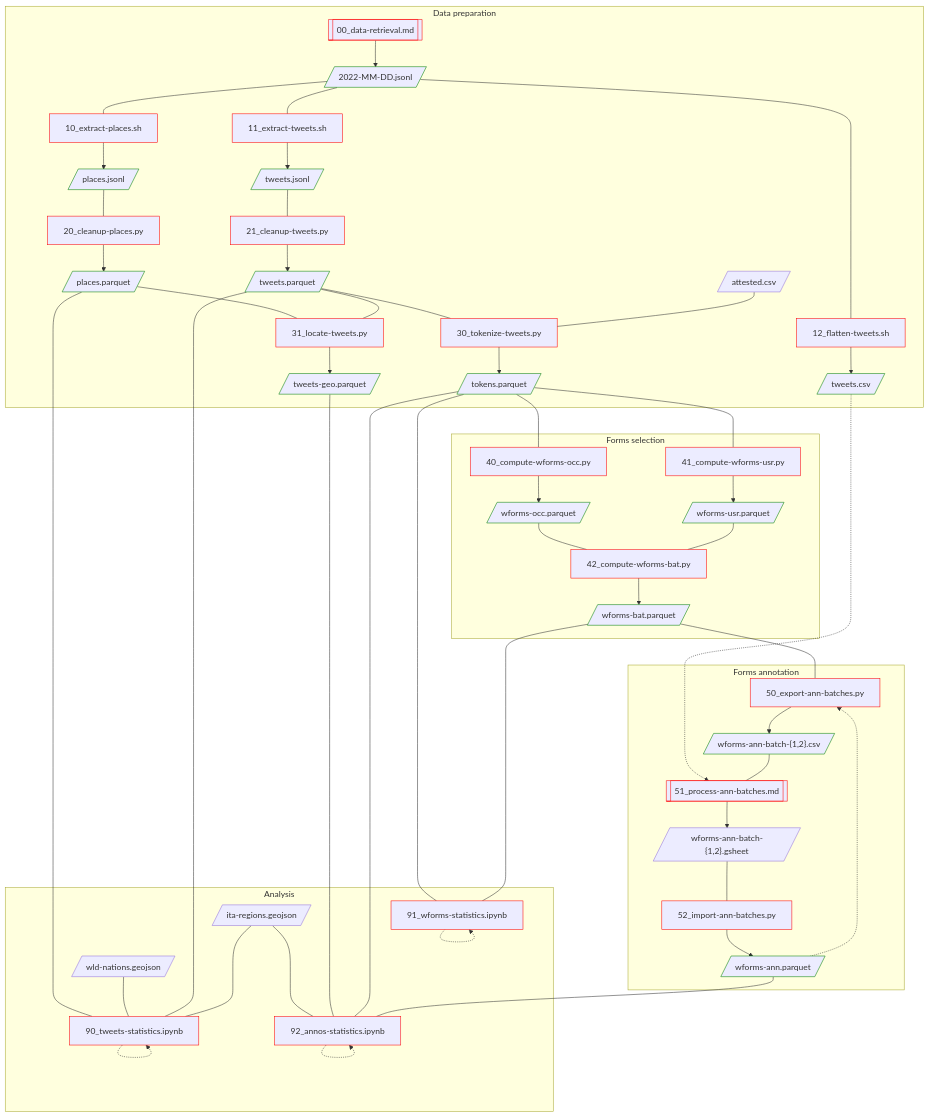
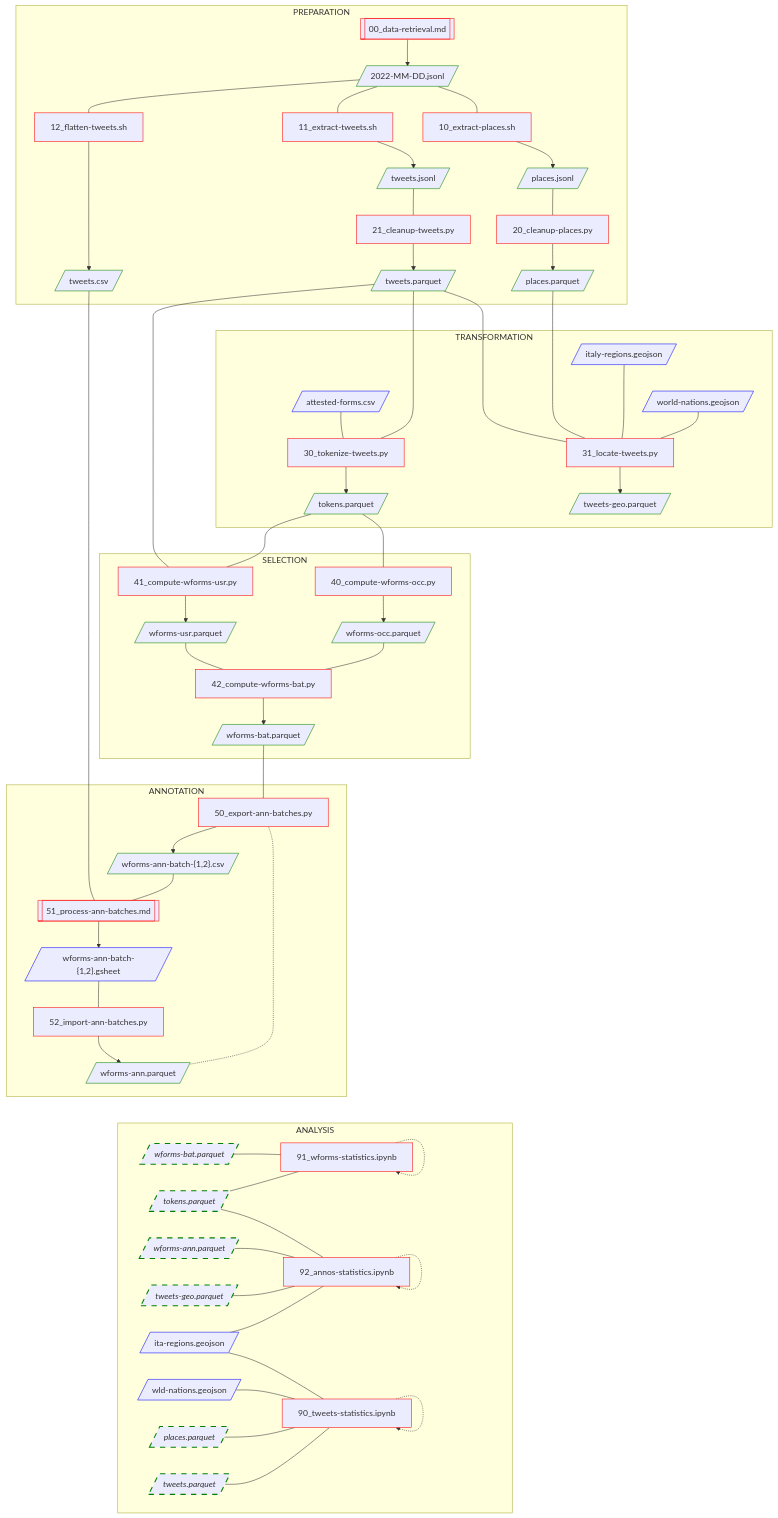
One commit to breviloquia-italica/pipeline changed the diagram in README.md. Above: the diagram before and after it, drawn with Mermaid.

Commit message:
Make flowchart marginally more readable

````diff
--- a/README.md
+++ b/README.md
@@ -3,11 +3,7 @@
 ```mermaid
 flowchart TD;
 
-attested.csv[/attested.csv/]:::extdata;
-wld-nations.geojson[/wld-nations.geojson/]:::extdata
-ita-regions.geojson[/ita-regions.geojson/]:::extdata
-
-subgraph "Data preparation"
+subgraph P1 [PREPARATION]
 
 00[[00_data-retrieval.md]]:::code;
 10[10_extract-places.sh]:::code;
@@ -15,37 +11,47 @@
 12[12_flatten-tweets.sh]:::code;
 20[20_cleanup-places.py]:::code;
 21[21_cleanup-tweets.py]:::code;
+
+2022-MM-DD.jsonl[/2022-MM-DD.jsonl/]:::data;
+places.jsonl[/places.jsonl/]:::data;
+places.parquet[/places.parquet/]:::data;
+tweets.jsonl[/tweets.jsonl/]:::data;
+tweets.parquet[/tweets.parquet/]:::data;
+tweets.csv[/tweets.csv/]:::data;
+
+00 --> 2022-MM-DD.jsonl;
+
+2022-MM-DD.jsonl --- 10 --> places.jsonl;
+places.jsonl --- 20 --> places.parquet;
+
+2022-MM-DD.jsonl --- 11 --> tweets.jsonl;
+tweets.jsonl --- 21 --> tweets.parquet;
+
+2022-MM-DD.jsonl --- 12 ----> tweets.csv;
+
+end
+
+subgraph P2 [TRANSFORMATION]
+
 30[30_tokenize-tweets.py]:::code;
 31[31_locate-tweets.py]:::code;
 
-2022-MM-DD.jsonl[/2022-MM-DD.jsonl/]:::data;
-places.jsonl[/places.jsonl/]:::data;
-tweets.jsonl[/tweets.jsonl/]:::data;
-tweets.csv[/tweets.csv/]:::data;
-places.parquet[/places.parquet/]:::data;
-tweets.parquet[/tweets.parquet/]:::data;
 tokens.parquet[/tokens.parquet/]:::data;
 tweets-geo.parquet[/tweets-geo.parquet/]:::data;
 
-00 --> 2022-MM-DD.jsonl;
-
-2022-MM-DD.jsonl --- 12 --> tweets.csv;
-2022-MM-DD.jsonl --- 11 --> tweets.jsonl;
-2022-MM-DD.jsonl --- 10 --> places.jsonl;
-
-places.jsonl --- 20 --> places.parquet;
-tweets.jsonl --- 21 --> tweets.parquet;
+_01[/world-nations.geojson/]:::extdata --- 31;
+_02[/italy-regions.geojson/]:::extdata ---- 31;
+places.parquet ----- 31;
+tweets.parquet --- 31;
+31 --> tweets-geo.parquet;
 
 tweets.parquet --- 30;
-attested.csv --- 30;
+_03[/attested-forms.csv/]:::extdata --- 30;
 30 --> tokens.parquet;
-
-places.parquet --- 31;
-tweets.parquet --- 31 --> tweets-geo.parquet;
 
 end
 
-subgraph "Forms selection"
+subgraph P3 [SELECTION]
 
 40[40_compute-wforms-occ.py]:::code;
 41[41_compute-wforms-usr.py]:::code;
@@ -57,7 +63,9 @@
 
 tokens.parquet --- 40 --> wforms-occ.parquet;
 
-tokens.parquet --- 41 --> wforms-usr.parquet;
+tokens.parquet --- 41;
+tweets.parquet --- 41;
+41 --> wforms-usr.parquet;
 
 wforms-occ.parquet --- 42;
 wforms-usr.parquet --- 42;
@@ -65,7 +73,7 @@
 
 end
 
-subgraph "Forms annotation"
+subgraph P4 [ANNOTATION]
 
 50[50_export-ann-batches.py]:::code;
 51[[51_process-ann-batches.md]]:::code;
@@ -75,32 +83,43 @@
 wforms-ann-batch-N.gsheet[/"wforms-ann-batch-{1,2}.gsheet"/]:::extdata;
 wforms-ann.parquet[/wforms-ann.parquet/]:::data;
 
-wforms-bat.parquet --- 50 --> wforms-ann-batch-N.csv;
+wforms-bat.parquet --- 50;
+50 -.- wforms-ann.parquet;
+50 --> wforms-ann-batch-N.csv;
 
-tweets.csv -.-> 51;
-wforms-ann-batch-N.csv --- 51 --> wforms-ann-batch-N.gsheet;
-wforms-ann.parquet -.-> 50;
+wforms-ann-batch-N.csv --- 51;
+tweets.csv --- 51;
+51 --> wforms-ann-batch-N.gsheet;
 
 wforms-ann-batch-N.gsheet --- 52 --> wforms-ann.parquet;
 
 end
 
-subgraph "Analysis"
+subgraph P5 [ANALYSIS]
+
+direction LR;
 
 90[90_tweets-statistics.ipynb]:::code;
 91[91_wforms-statistics.ipynb]:::code;
 92[92_annos-statistics.ipynb]:::code;
 
-places.parquet --- 90;
-wld-nations.geojson --- 90;
-tweets.parquet --- 90;
-ita-regions.geojson ---- 92;
-ita-regions.geojson ---- 90;
-tweets-geo.parquet --- 92;
-tokens.parquet --- 91;
-tokens.parquet --- 92;
-wforms-bat.parquet --- 91;
-wforms-ann.parquet --- 92;
+places.parquet.ref[/places.parquet/]:::dataref;
+tweets.parquet.ref[/tweets.parquet/]:::dataref;
+tokens.parquet.ref[/tokens.parquet/]:::dataref;
+tweets-geo.parquet.ref[/tweets-geo.parquet/]:::dataref;
+wforms-bat.parquet.ref[/wforms-bat.parquet/]:::dataref;
+wforms-ann.parquet.ref[/wforms-ann.parquet/]:::dataref;
+
+wforms-bat.parquet.ref --- 91;
+tokens.parquet.ref --- 91;
+tokens.parquet.ref --- 92;
+wforms-ann.parquet.ref --- 92;
+tweets-geo.parquet.ref --- 92;
+_04[/ita-regions.geojson/]:::extdata --- 92;
+_04[/ita-regions.geojson/]:::extdata --- 90;
+_05[/wld-nations.geojson/]:::extdata --- 90;
+places.parquet.ref --- 90;
+tweets.parquet.ref --- 90;
 
 90 -.-> 90;
 91 -.-> 91;
@@ -108,7 +127,16 @@
 
 end
 
+%%P1 -.- P5;
+%%P2 -.- P5;
+%%P3 -.- P5;
+%%P4 -.- P5;
+
+P1 ~~~~~~~~ P2;
+P4 ~~~~~~~~ P5;
+
 classDef code stroke:red;
-classDef data stroke:green,shape:rectangle;
-classDef extdata shape:rectangle;
+classDef data stroke:green;
+classDef extdata stroke:blue;
+classDef dataref stroke:green,stroke-width:2px,stroke-dasharray: 10 10,font-style:italic;
 ```
````
